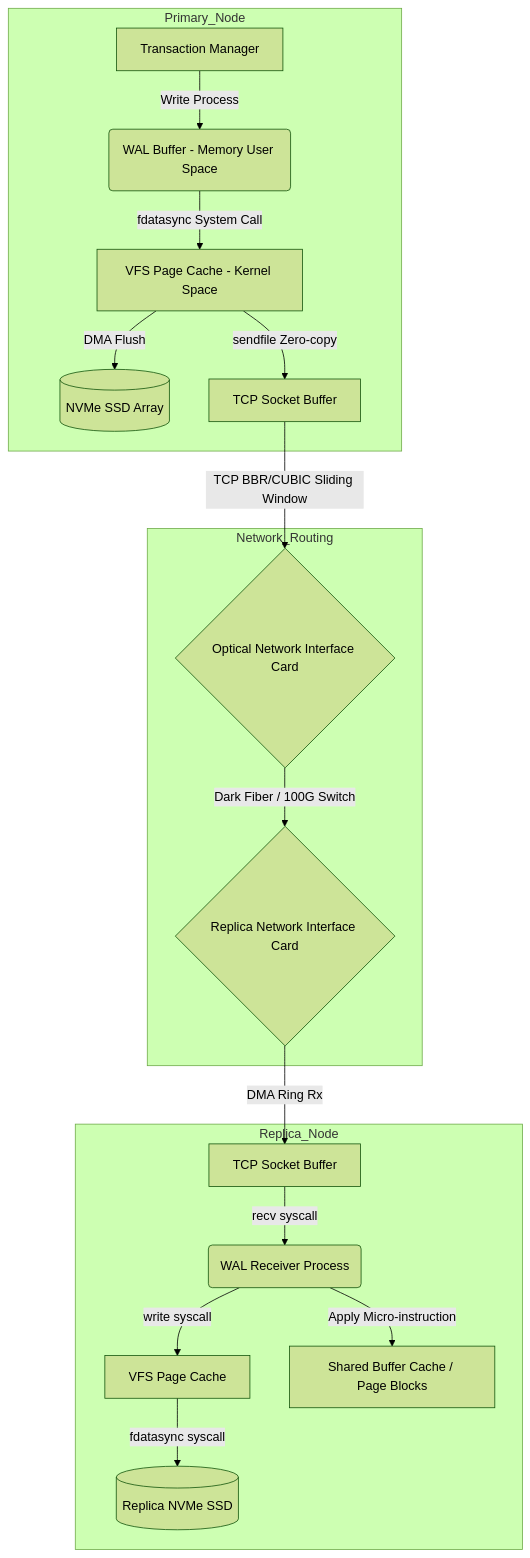
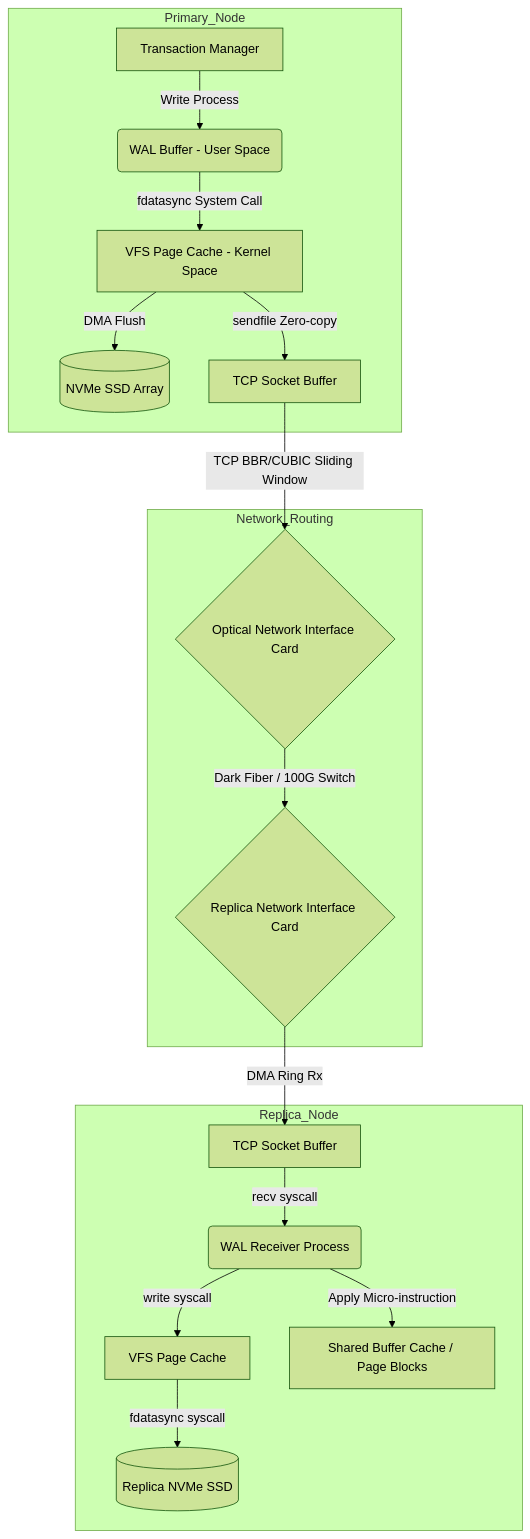
One commit to caubebinhan/landingpage changed the diagram in blogs/part-4/29-logical-vs-physical-replication.md. Above: the diagram before and after it, drawn with Mermaid (forest theme). The commit also changed other lines of this file and 6563 other files, not shown here.

````diff
--- a/blogs/part-4/29-logical-vs-physical-replication.md
+++ b/blogs/part-4/29-logical-vs-physical-replication.md
@@ -25,20 +56,20 @@
 ```mermaid
 graph TD
     subgraph Primary_Node
-        A[Transaction Manager] -->|Write Process| B(WAL Buffer - Memory User Space)
+        A[Transaction Manager] -->|Write Process| B(WAL Buffer - User Space)
         B -->|fdatasync System Call| C[VFS Page Cache - Kernel Space]
         C -->|DMA Flush| D[(NVMe SSD Array)]
         C -->|sendfile Zero-copy| E[TCP Socket Buffer]
     end
     subgraph Network_Routing
         E -->|TCP BBR/CUBIC Sliding Window| F{Optical Network Interface Card}
         F -->|Dark Fiber / 100G Switch| G{Replica Network Interface Card}
     end
     subgraph Replica_Node
         G -->|DMA Ring Rx| H[TCP Socket Buffer]
         H -->|recv syscall| I(WAL Receiver Process)
         I -->|write syscall| J[VFS Page Cache]
         J -->|fdatasync syscall| K[(Replica NVMe SSD)]
         I -->|Apply Micro-instruction| L[Shared Buffer Cache / Page Blocks]
     end
 ```
````
